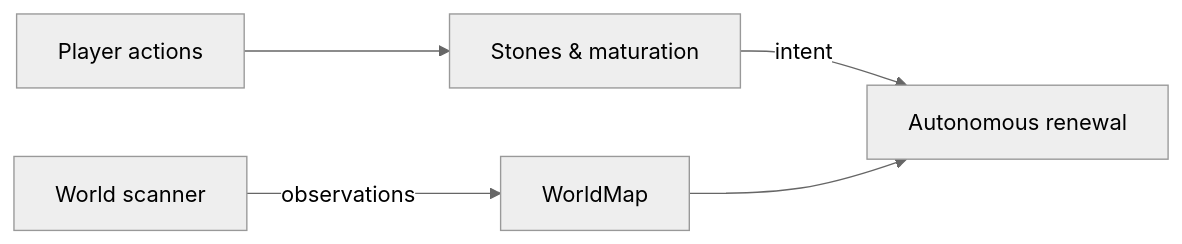
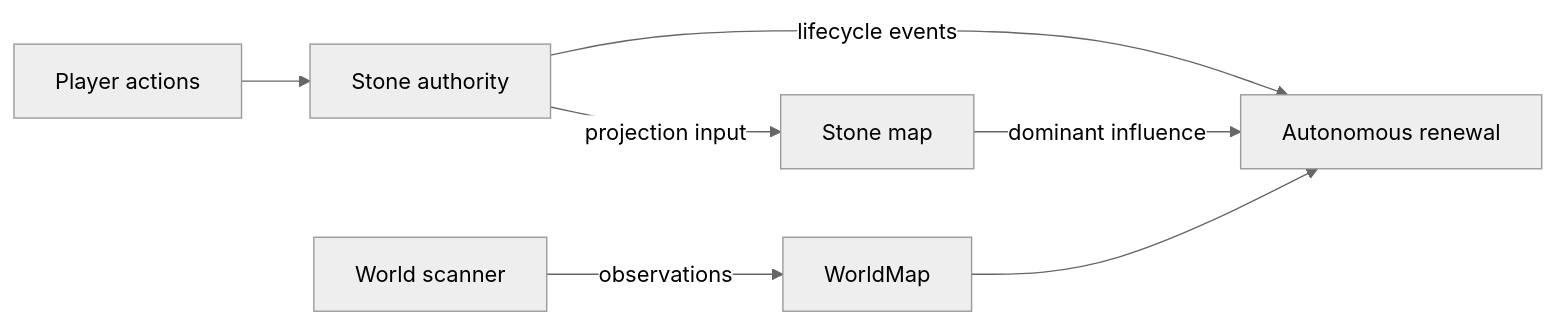
The first of 4 diagrams in ARCHITECTURE.md (olilanz/memento-mc), drawn with Mermaid (neutral theme) before and after one commit. The commit also changed other lines of this file and 4 other files, not shown here.

Commit message:
Semantic alignment. StoneTopology no longer computes spacial stone influence.

````diff
--- a/ARCHITECTURE.md
+++ b/ARCHITECTURE.md
@@ -30,13 +30,16 @@
 ```mermaid
 flowchart LR
     Player[Player actions]
-    Stones[Stones & maturation]
+    StoneAuthority[Stone authority]
+    StoneMap[Stone map]
     Scanner[World scanner]
     WorldMap[WorldMap]
     Renewal[Autonomous renewal]
 
-    Player --> Stones
-    Stones -->|intent| Renewal
+    Player --> StoneAuthority
+    StoneAuthority -->|lifecycle events| Renewal
+    StoneAuthority -->|projection input| StoneMap
+    StoneMap -->|dominant influence| Renewal
     Scanner -->|observations| WorldMap
     WorldMap --> Renewal
 ```
````
